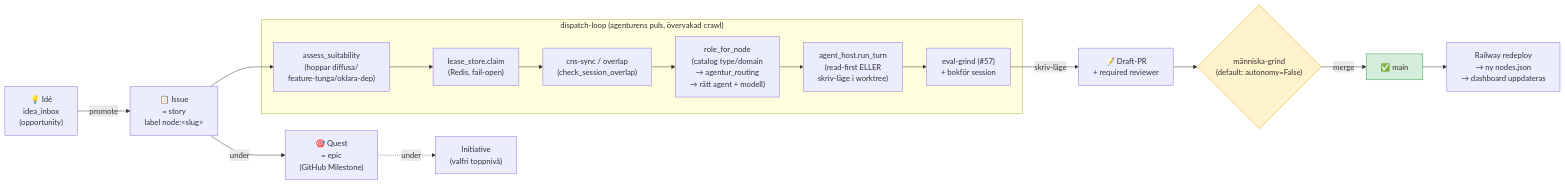
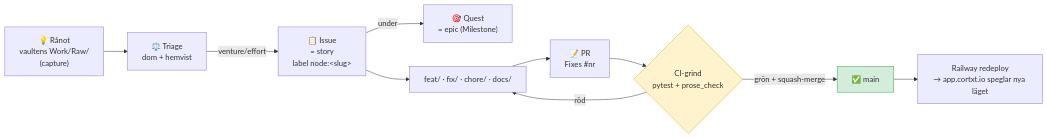
Before and after one commit to Cortxt-io/Project-CNS: the second of 3 diagrams in ORIENTERING.md, drawn with Mermaid. The commit also changed other lines of this file and 388 other files, not shown here.

````diff
--- a/ORIENTERING.md
+++ b/ORIENTERING.md
@@ -84,34 +67,23 @@
 ```mermaid
 flowchart LR
-    IDEA["💡 Idé<br/>idea_inbox<br/>(opportunity)"]
+    IDEA["💡 Rånot<br/>vaultens Work/Raw/<br/>(capture)"]
+    TRIAGE["⚖️ Triage<br/>dom + hemvist"]
     ISSUE["📋 Issue<br/>= story<br/>label node:&lt;slug&gt;"]
-    QUEST["🎯 Quest<br/>= epic<br/>(GitHub Milestone)"]
-    INIT["Initiative<br/>(valfri toppnivå)"]
+    QUEST["🎯 Quest<br/>= epic (Milestone)"]
+    BRANCH["feat/ · fix/ · chore/ · docs/"]
+    PR["📝 PR<br/>Fixes #nr"]
+    GATE{"CI-grind<br/>pytest + prose_check"}
+    MAIN["✅ main"]
+    REDEPLOY["Railway redeploy<br/>→ app.cortxt.io speglar nya läget"]
 
-    subgraph DISPATCH["dispatch-loop (agenturens puls, övervakad crawl)"]
-        PICK["assess_suitability<br/>(hoppar diffusa/<br/>feature-tunga/oklara-dep)"]
-        LEASE["lease_store.claim<br/>(Redis, fail-open)"]
-        SYNC["cns-sync / overlap<br/>(check_session_overlap)"]
-        ROLE["role_for_node<br/>(catalog type/domain<br/>→ agentur_routing<br/>→ rätt agent + modell)"]
-        RUN["agent_host.run_turn<br/>(read-first ELLER<br/>skriv-läge i worktree)"]
-        EVAL["eval-grind (#57)<br/>+ bokför session"]
-    end
-
-    PR["📝 Draft-PR<br/>+ required reviewer"]
-    HUMAN{"människa-grind<br/>(default: autonomy=False)"}
-    MAIN["✅ main"]
-    REDEPLOY["Railway redeploy<br/>→ ny nodes.json<br/>→ dashboard uppdateras"]
-
-    IDEA -->|"promote"| ISSUE
+    IDEA --> TRIAGE
+    TRIAGE -->|"venture/effort"| ISSUE
     ISSUE -->|"under"| QUEST
-    QUEST -.->|"under"| INIT
-    ISSUE --> PICK
-    PICK --> LEASE --> SYNC --> ROLE --> RUN --> EVAL
-    EVAL -->|"skriv-läge"| PR
-    PR --> HUMAN
-    HUMAN -->|"merge"| MAIN
+    ISSUE --> BRANCH --> PR --> GATE
+    GATE -->|"grön + squash-merge"| MAIN
+    GATE -->|"röd"| BRANCH
     MAIN --> REDEPLOY
 
-    style HUMAN fill:#fff3cd,stroke:#e0a800
+    style GATE fill:#fff3cd,stroke:#e0a800
     style MAIN fill:#d4edda,stroke:#28a745
 ```
````
